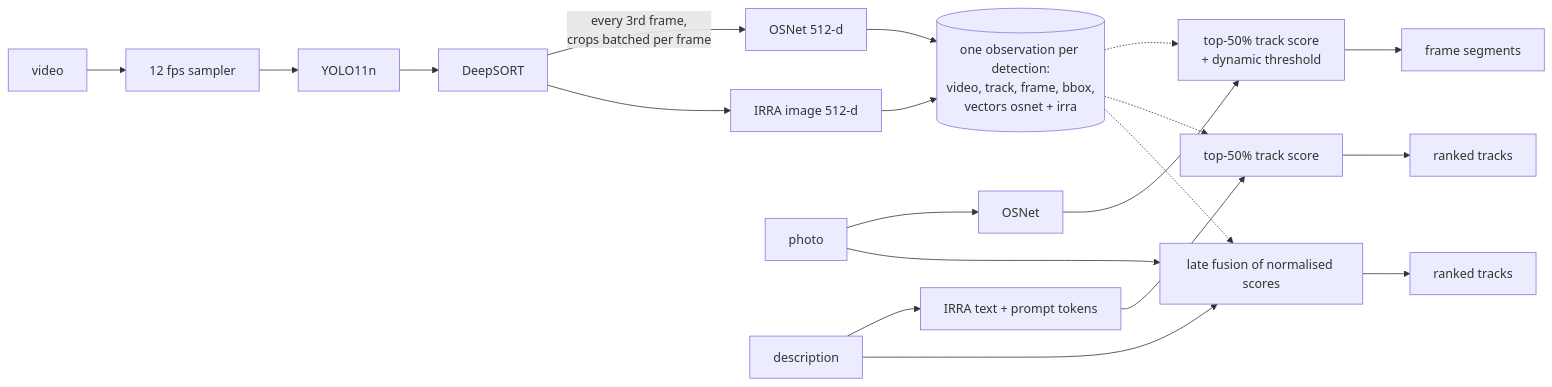
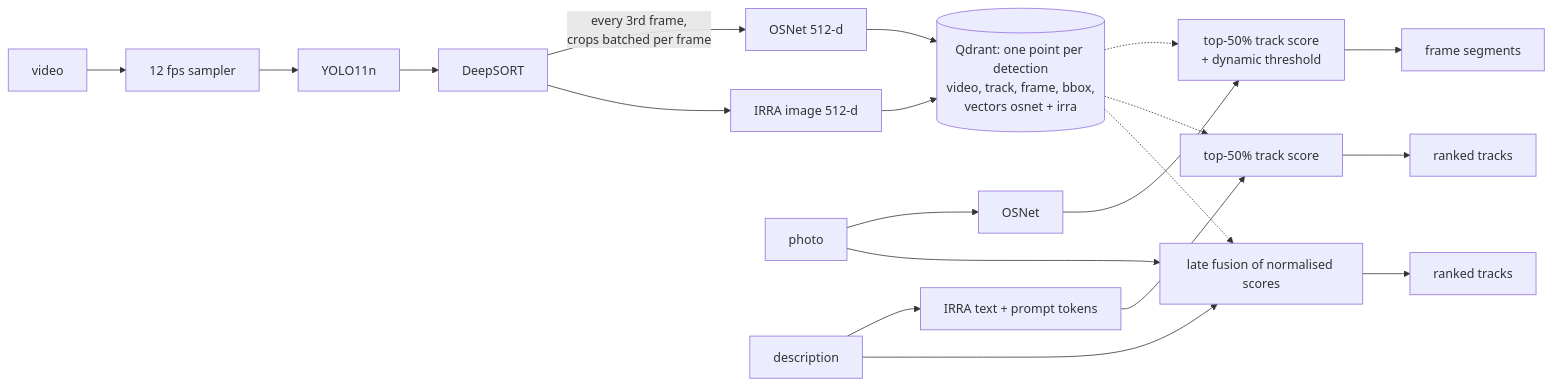
One commit to RoshanSinghSaud/person-search changed the diagram in README.md. Above: the diagram before and after it, drawn with Mermaid. The commit also changed other lines of this file and 14 other files, not shown here.

````diff
--- a/README.md
+++ b/README.md
@@ -17,11 +19,11 @@
 ```mermaid
 flowchart LR
     V[video] --> S[12 fps sampler] --> D[YOLO11n] --> T[DeepSORT]
     T -->|every 3rd frame,<br/>crops batched per frame| O[OSNet 512-d]
     T --> I[IRRA image 512-d]
-    O & I --> P[(one observation per detection:<br/>video, track, frame, bbox,<br/>vectors osnet + irra)]
+    O & I --> P[(Qdrant: one point per detection<br/>video, track, frame, bbox,<br/>vectors osnet + irra)]
     Q1[photo] --> QO[OSNet] --> PS[top-50% track score<br/>+ dynamic threshold] --> R1[frame segments]
     Q2[description] --> QI[IRRA text + prompt tokens] --> TS[top-50% track score] --> R2[ranked tracks]
     Q1 & Q2 --> HY[late fusion of normalised scores] --> R3[ranked tracks]
     P -.-> PS & TS & HY
 ```
````
